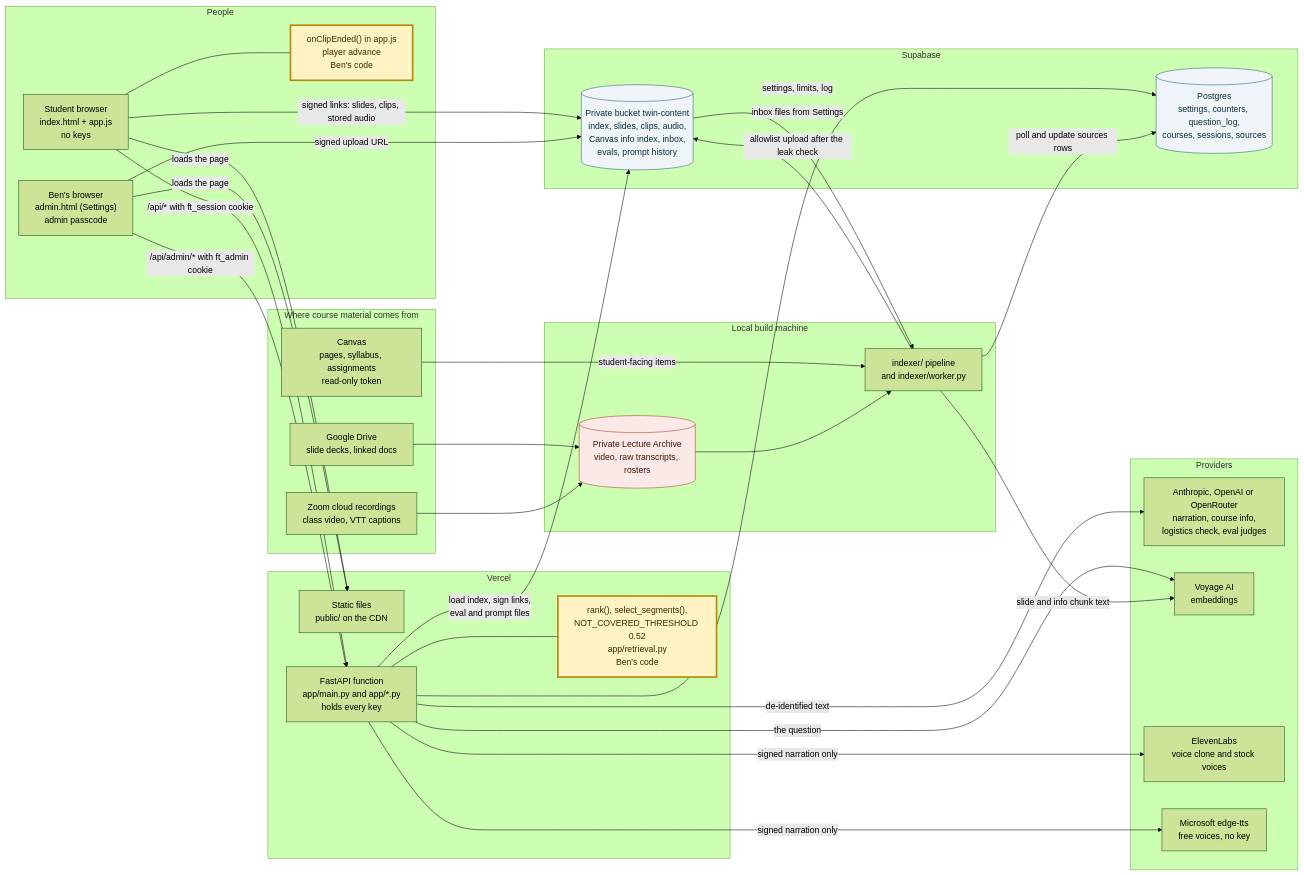
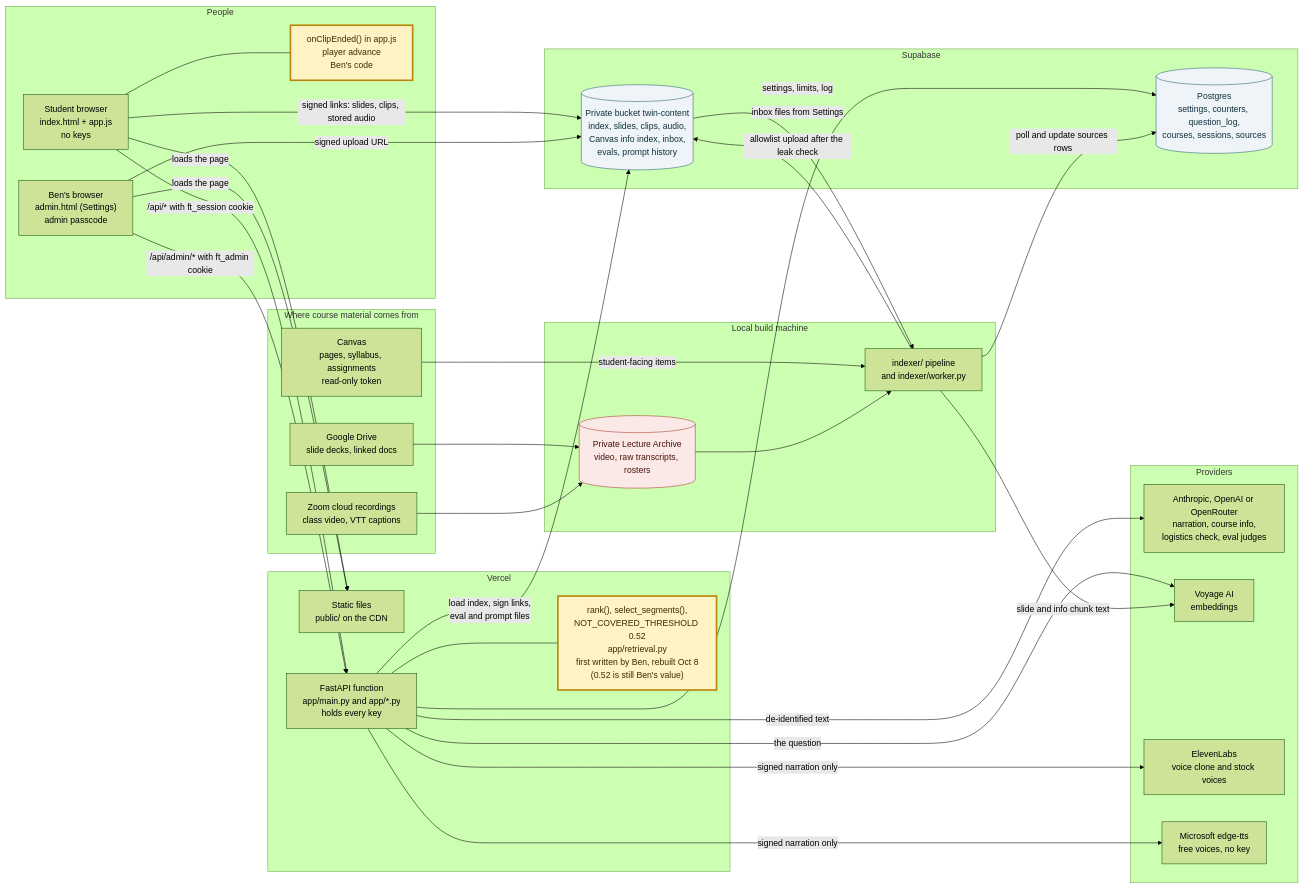
Before and after one commit to bcollier/faculty-twin: the first of 7 diagrams in docs/ARCHITECTURE.md, drawn with Mermaid (forest theme). The commit also changed other lines of this file and 12 other files, not shown here.

First line of the commit message:
Rebuild slide retrieval with evals: one course per answer, no repeated slides, a relative cutoff, vectorized NaN-safe rank (#117)

````diff
--- a/docs/ARCHITECTURE.md
+++ b/docs/ARCHITECTURE.md
@@ -25,68 +25,68 @@
 ```mermaid
 flowchart LR
     classDef ben fill:#fff3c4,stroke:#b8860b,stroke-width:3px,color:#3a2e00
     classDef store fill:#eef4f8,stroke:#2c5f73,color:#10303c
     classDef private fill:#fbe9e7,stroke:#a33a2a,color:#4a140c
 
     subgraph People["People"]
         SB["Student browser<br/>index.html + app.js<br/>no keys"]
         PLAY["onClipEnded() in app.js<br/>player advance<br/>Ben's code"]
         AB["Ben's browser<br/>admin.html (Settings)<br/>admin passcode"]
     end
 
     subgraph Vercel["Vercel"]
         CDN["Static files<br/>public/ on the CDN"]
         FN["FastAPI function<br/>app/main.py and app/*.py<br/>holds every key"]
-        RET["rank(), select_segments(),<br/>NOT_COVERED_THRESHOLD 0.52<br/>app/retrieval.py<br/>Ben's code"]
+        RET["rank(), select_segments(),<br/>NOT_COVERED_THRESHOLD 0.52<br/>app/retrieval.py<br/>first written by Ben, rebuilt Oct 8<br/>(0.52 is still Ben's value)"]
     end
 
     subgraph Supa["Supabase"]
         BUCKET[("Private bucket twin-content<br/>index, slides, clips, audio,<br/>Canvas info index, inbox,<br/>evals, prompt history")]
         PG[("Postgres<br/>settings, counters, question_log,<br/>courses, sessions, sources")]
     end
 
     subgraph Prov["Providers"]
         LLM["Anthropic, OpenAI or OpenRouter<br/>narration, course info,<br/>logistics check, eval judges"]
         VOY["Voyage AI<br/>embeddings"]
         ELV["ElevenLabs<br/>voice clone and stock voices"]
         EDGE["Microsoft edge-tts<br/>free voices, no key"]
     end
 
     subgraph Src["Where course material comes from"]
         CANVAS["Canvas<br/>pages, syllabus, assignments<br/>read-only token"]
         DRIVE["Google Drive<br/>slide decks, linked docs"]
         ZOOM["Zoom cloud recordings<br/>class video, VTT captions"]
     end
 
     subgraph Local["Local build machine"]
         ARCH[("Private Lecture Archive<br/>video, raw transcripts, rosters")]
         IDX["indexer/ pipeline<br/>and indexer/worker.py"]
     end
 
     SB -- "loads the page" --> CDN
     AB -- "loads the page" --> CDN
     SB --- PLAY
     SB -- "/api/* with ft_session cookie" --> FN
     AB -- "/api/admin/* with ft_admin cookie" --> FN
     SB -- "signed links: slides, clips, stored audio" --> BUCKET
     AB -- "signed upload URL" --> BUCKET
     FN --- RET
     FN -- "load index, sign links,<br/>eval and prompt files" --> BUCKET
     FN -- "settings, limits, log" --> PG
     FN -- "de-identified text" --> LLM
     FN -- "the question" --> VOY
     FN -- "signed narration only" --> ELV
     FN -- "signed narration only" --> EDGE
     DRIVE --> ARCH
     ZOOM --> ARCH
     CANVAS -- "student-facing items" --> IDX
     ARCH --> IDX
     IDX -- "slide and info chunk text" --> VOY
     IDX -- "allowlist upload after the leak check" --> BUCKET
     IDX -- "poll and update sources rows" --> PG
     BUCKET -- "inbox files from Settings" --> IDX
 
     class PLAY,RET ben
     class BUCKET,PG store
     class ARCH private
 ```
````
